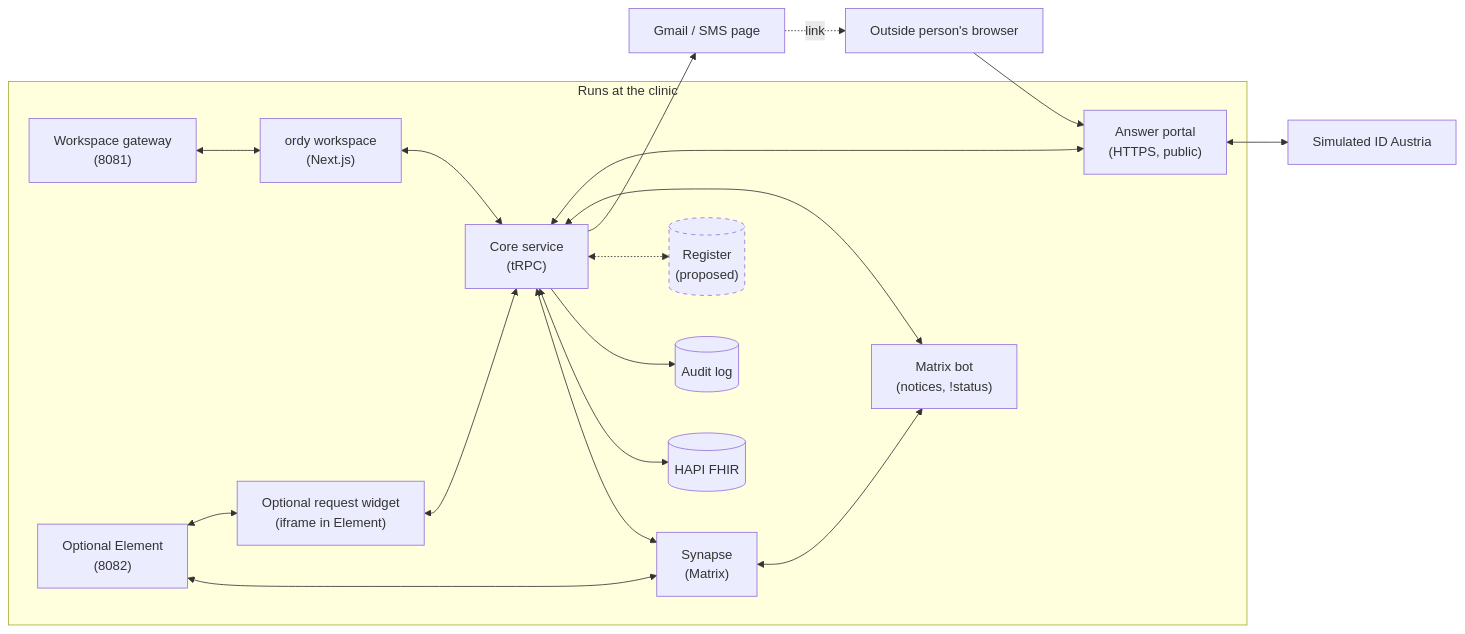
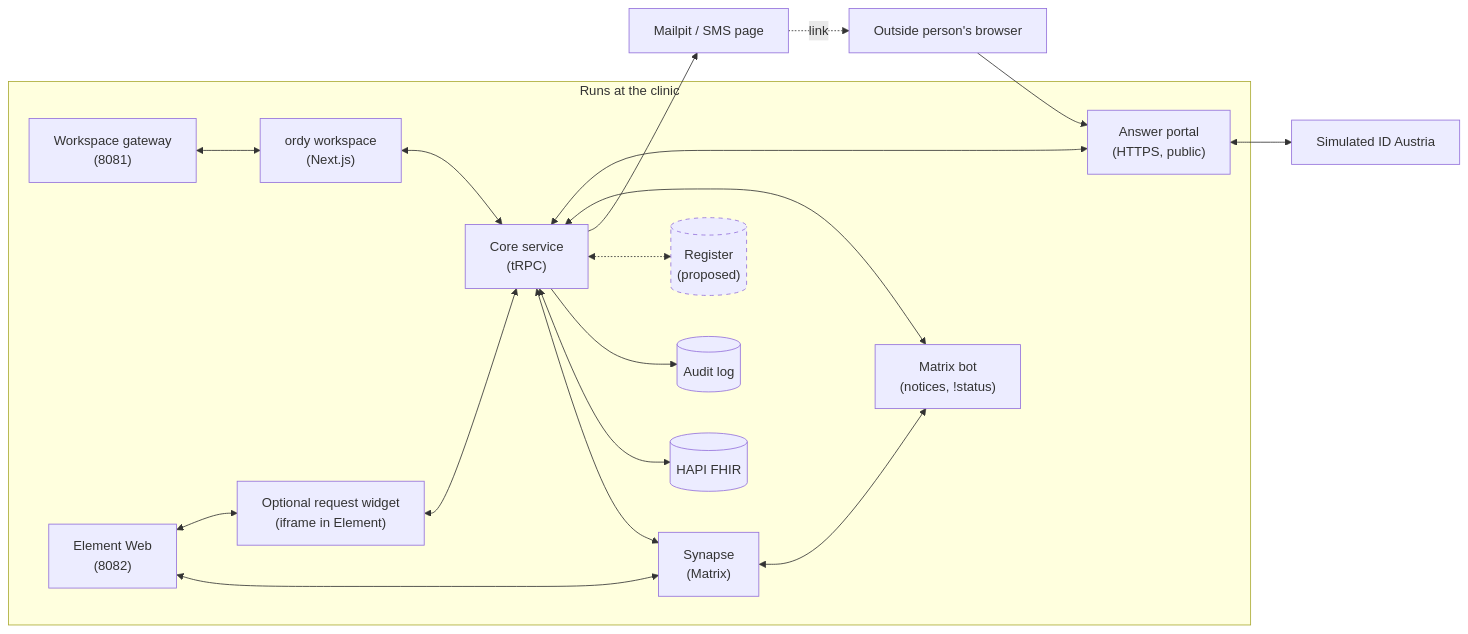
Before and after one commit to Chaissen/AIM-Hackathon: the third of 3 diagrams in docs/UML.md, drawn with Mermaid. The commit also changed other lines of this file and 36 other files, not shown here.

````diff
--- a/docs/UML.md
+++ b/docs/UML.md
@@ -192,24 +192,24 @@
 ```mermaid
 flowchart LR
     subgraph Clinic["Runs at the clinic"]
         gateway["Workspace gateway<br/>(8081)"] <--> workspace["ordy workspace<br/>(Next.js)"]
         workspace <--> core["Core service<br/>(tRPC)"]
         core <--> synapse["Synapse<br/>(Matrix)"]
-        element["Optional Element<br/>(8082)"] <--> synapse
+        element["Element Web<br/>(8082)"] <--> synapse
         element <--> widget["Optional request widget<br/>(iframe in Element)"]
         widget <--> core
         synapse <--> bot["Matrix bot<br/>(notices, !status)"]
         bot <--> core
         core <--> fhirsrv[("HAPI FHIR")]
         core --> audit[("Audit log")]
         core <-.-> reg[("Register<br/>(proposed)")]
         portal["Answer portal<br/>(HTTPS, public)"] <--> core
     end
-    core --> mail["Gmail / SMS page"]
+    core --> mail["Mailpit / SMS page"]
     mail -. "link" .-> browser["Outside person's browser"]
     browser --> portal
     portal <--> eid["Simulated ID Austria"]
 
     classDef planned stroke-dasharray: 5 5
     class reg planned
 ```
````
